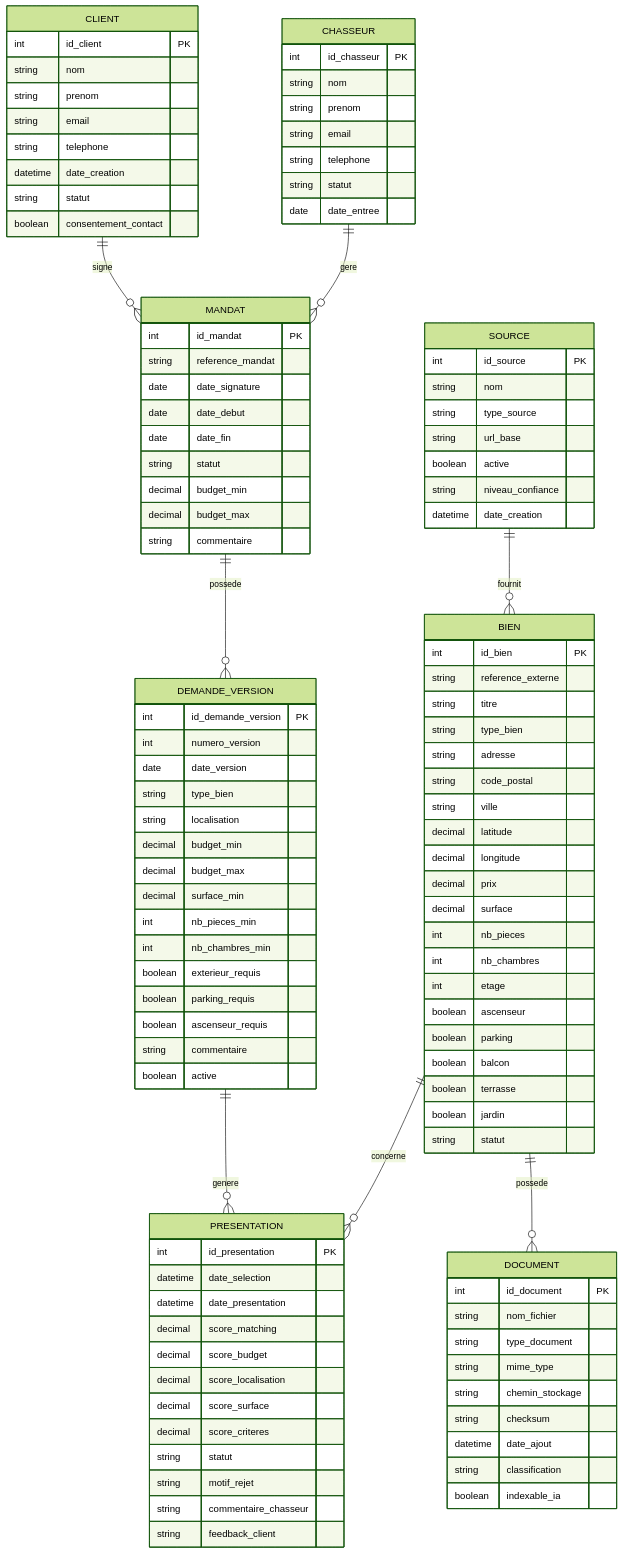
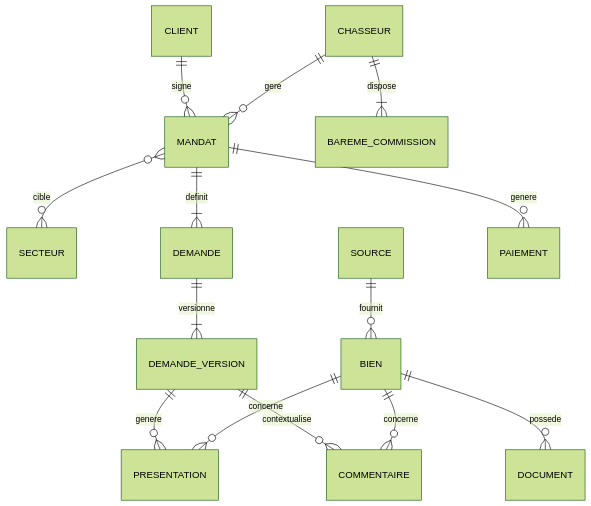
Before and after one commit to bastriD/-Real-Estate-Intelligence-Platform: the diagram in docs/evidence/05-BC05/C1-MCD-Migration-SQL/MCD-MERISE-PROJET.md, drawn with Mermaid (forest theme). The commit also changed other lines of this file and 10 other files, not shown here.

````diff
--- a/docs/evidence/05-BC05/C1-MCD-Migration-SQL/MCD-MERISE-PROJET.md
+++ b/docs/evidence/05-BC05/C1-MCD-Migration-SQL/MCD-MERISE-PROJET.md
@@ -729,123 +948,23 @@
 
     CLIENT ||--o{ MANDAT : signe
     CHASSEUR ||--o{ MANDAT : gere
-    MANDAT ||--o{ DEMANDE_VERSION : possede
+
+    MANDAT }o--o{ SECTEUR : cible
+
+    MANDAT ||--|{ DEMANDE : definit
+    DEMANDE ||--|{ DEMANDE_VERSION : versionne
 
     SOURCE ||--o{ BIEN : fournit
 
     DEMANDE_VERSION ||--o{ PRESENTATION : genere
     BIEN ||--o{ PRESENTATION : concerne
 
+    DEMANDE_VERSION ||--o{ COMMENTAIRE : contextualise
+    BIEN ||--o{ COMMENTAIRE : concerne
+
     BIEN ||--o{ DOCUMENT : possede
 
-    CLIENT {
-        int id_client PK
-        string nom
-        string prenom
-        string email
-        string telephone
-        datetime date_creation
-        string statut
-        boolean consentement_contact
-    }
+    CHASSEUR ||--|{ BAREME_COMMISSION : dispose
 
-    CHASSEUR {
-        int id_chasseur PK
-        string nom
-        string prenom
-        string email
-        string telephone
-        string statut
-        date date_entree
-    }
-
-    MANDAT {
-        int id_mandat PK
-        string reference_mandat
-        date date_signature
-        date date_debut
-        date date_fin
-        string statut
-        decimal budget_min
-        decimal budget_max
-        string commentaire
-    }
-
-    DEMANDE_VERSION {
-        int id_demande_version PK
-        int numero_version
-        date date_version
-        string type_bien
-        string localisation
-        decimal budget_min
-        decimal budget_max
-        decimal surface_min
-        int nb_pieces_min
-        int nb_chambres_min
-        boolean exterieur_requis
-        boolean parking_requis
-        boolean ascenseur_requis
-        string commentaire
-        boolean active
-    }
-
-    SOURCE {
-        int id_source PK
-        string nom
-        string type_source
-        string url_base
-        boolean active
-        string niveau_confiance
-        datetime date_creation
-    }
-
-    BIEN {
-        int id_bien PK
-        string reference_externe
-        string titre
-        string type_bien
-        string adresse
-        string code_postal
-        string ville
-        decimal latitude
-        decimal longitude
-        decimal prix
-        decimal surface
-        int nb_pieces
-        int nb_chambres
-        int etage
-        boolean ascenseur
-        boolean parking
-        boolean balcon
-        boolean terrasse
-        boolean jardin
-        string statut
-    }
-
-    PRESENTATION {
-        int id_presentation PK
-        datetime date_selection
-        datetime date_presentation
-        decimal score_matching
-        decimal score_budget
-        decimal score_localisation
-        decimal score_surface
-        decimal score_criteres
-        string statut
-        string motif_rejet
-        string commentaire_chasseur
-        string feedback_client
-    }
-
-    DOCUMENT {
-        int id_document PK
-        string nom_fichier
-        string type_document
-        string mime_type
-        string chemin_stockage
-        string checksum
-        datetime date_ajout
-        string classification
-        boolean indexable_ia
-    }
+    MANDAT ||--o{ PAIEMENT : genere
 ```
````
